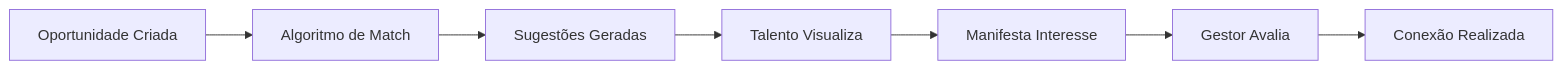
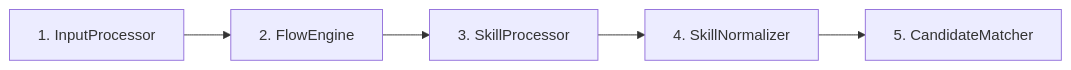
Before and after one commit to leapy-edtech/docs: the second of 3 diagrams in documentation/domains/matchmaker/index.mdx, drawn with Mermaid. The commit also changed other lines of this file and 22 other files, not shown here.

````diff
--- a/documentation/domains/matchmaker/index.mdx
+++ b/documentation/domains/matchmaker/index.mdx
@@ -39,9 +79,7 @@
 ```mermaid
 flowchart LR
-    A[Oportunidade Criada] --> B[Algoritmo de Match]
-    B --> C[Sugestões Geradas]
-    C --> D[Talento Visualiza]
-    D --> E[Manifesta Interesse]
-    E --> F[Gestor Avalia]
-    F --> G[Conexão Realizada]
+    P1[1. InputProcessor] --> P2[2. FlowEngine]
+    P2 --> P3[3. SkillProcessor]
+    P3 --> P4[4. SkillNormalizer]
+    P4 --> P5[5. CandidateMatcher]
 ```
````
